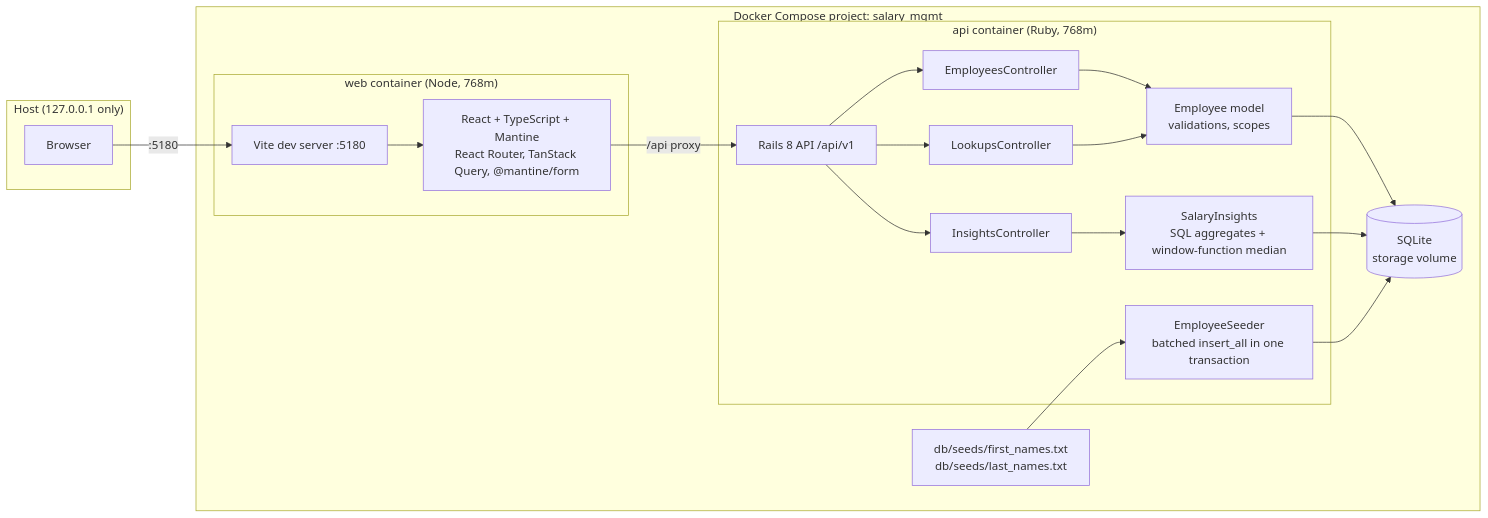
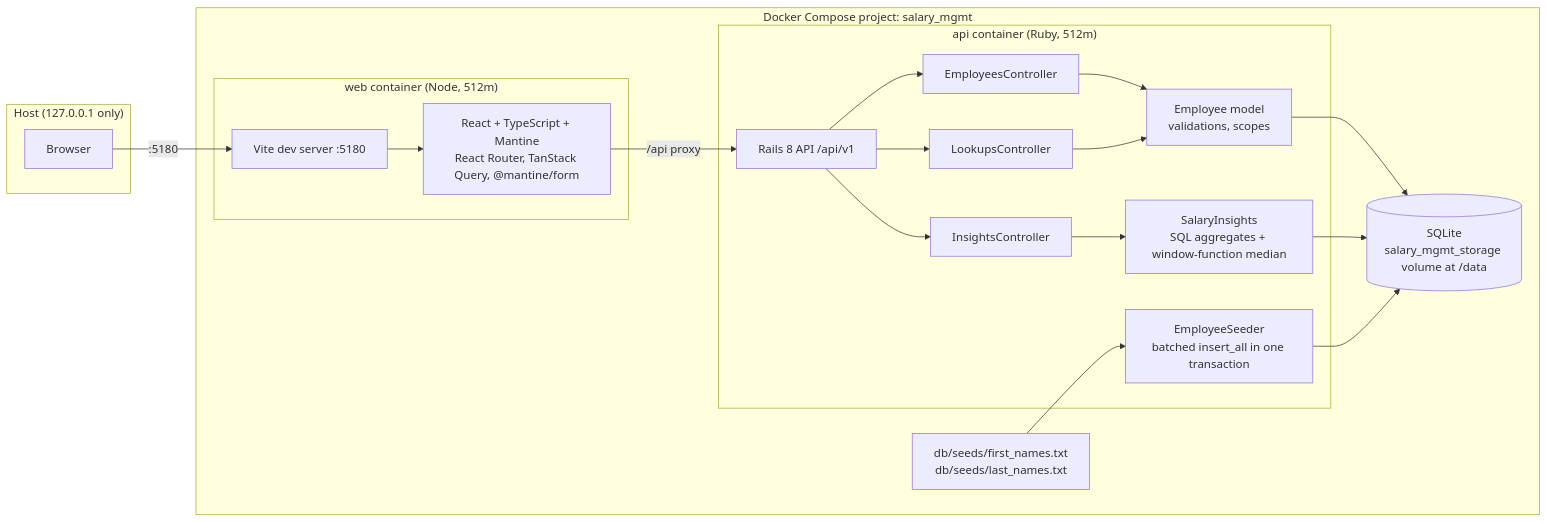
One commit to Abhinav-Shere/salary_mgmt changed the diagram in docs/PLAN.md. Above: the diagram before and after it, drawn with Mermaid. The commit also changed other lines of this file and 6 other files, not shown here.

````diff
--- a/docs/PLAN.md
+++ b/docs/PLAN.md
@@ -208,36 +208,36 @@
 ```mermaid
 flowchart LR
   subgraph Host["Host (127.0.0.1 only)"]
     Browser["Browser"]
   end
 
   subgraph Compose["Docker Compose project: salary_mgmt"]
-    subgraph Web["web container (Node, 768m)"]
+    subgraph Web["web container (Node, 512m)"]
       Vite["Vite dev server :5180"]
       UI["React + TypeScript + Mantine<br/>React Router, TanStack Query, @mantine/form"]
     end
 
-    subgraph Api["api container (Ruby, 768m)"]
+    subgraph Api["api container (Ruby, 512m)"]
       Routes["Rails 8 API /api/v1"]
       EC["EmployeesController"]
       LC["LookupsController"]
       IC["InsightsController"]
       Model["Employee model<br/>validations, scopes"]
       Insights["SalaryInsights<br/>SQL aggregates + window-function median"]
       Seeder["EmployeeSeeder<br/>batched insert_all in one transaction"]
     end
 
-    DB[("SQLite<br/>storage volume")]
+    DB[("SQLite<br/>salary_mgmt_storage volume at /data")]
     Names["db/seeds/first_names.txt<br/>db/seeds/last_names.txt"]
   end
 
   Browser -->|":5180"| Vite
   Vite --> UI
   UI -->|"/api proxy"| Routes
   Routes --> EC --> Model
   Routes --> LC --> Model
   Routes --> IC --> Insights
   Model --> DB
   Insights --> DB
   Names --> Seeder --> DB
 ```
````
